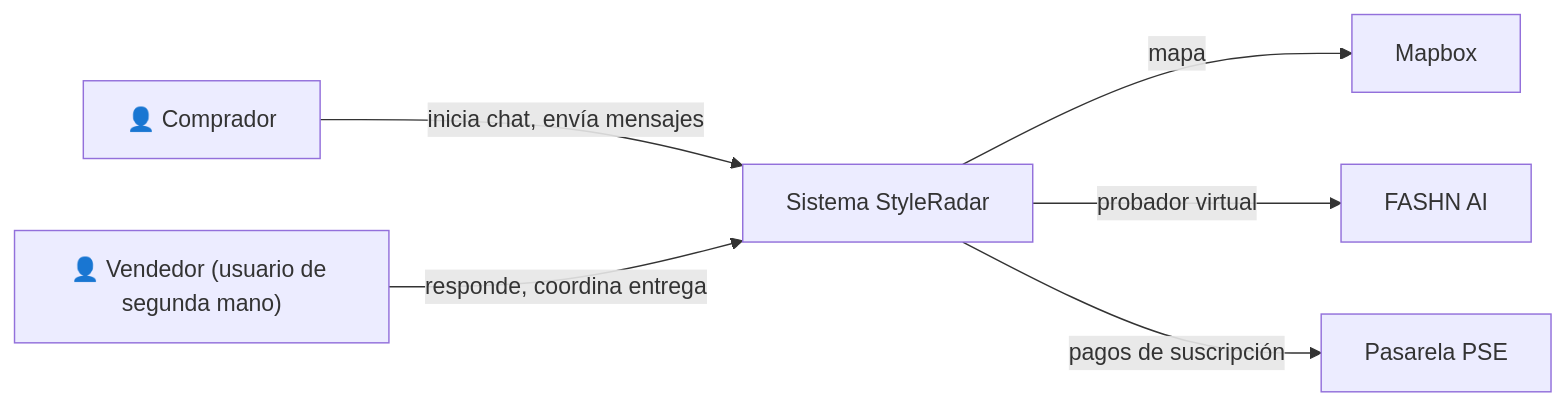
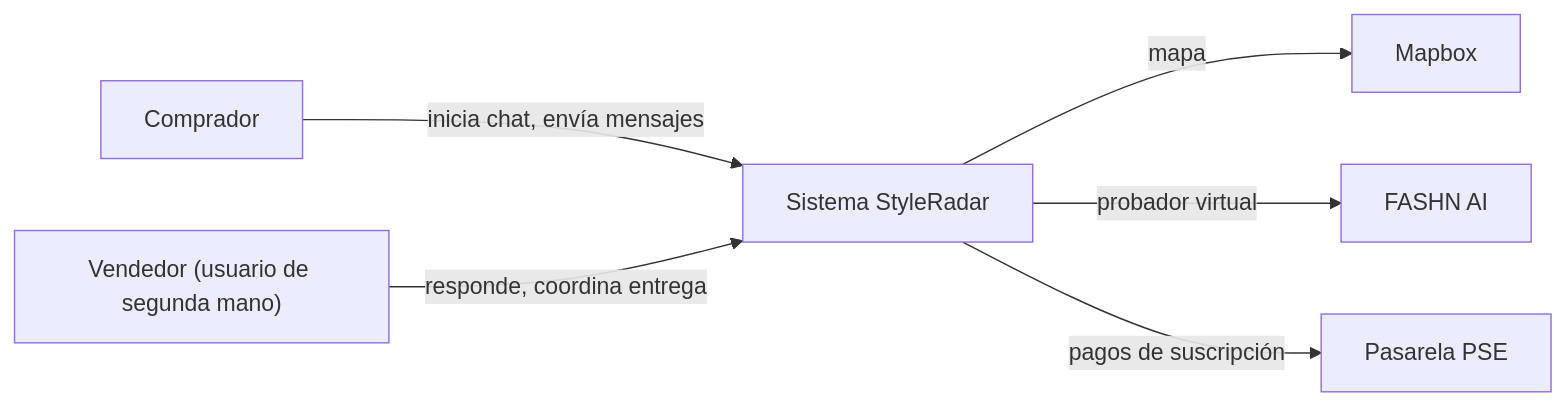
Before and after one commit to StyleRadar1/GJ-Chat-Service: the first of 7 diagrams in docs/SR_GJ_DocumentoTecnico_v1.md, drawn with Mermaid. The commit also changed other lines of this file and 4 other files, not shown here.

````diff
--- a/docs/SR_GJ_DocumentoTecnico_v1.md
+++ b/docs/SR_GJ_DocumentoTecnico_v1.md
@@ -49,9 +71,9 @@
 ```mermaid
 flowchart LR
-    C["👤 Comprador"] -->|"inicia chat, envía mensajes"| SR
-    V["👤 Vendedor (usuario de segunda mano)"] -->|"responde, coordina entrega"| SR
+    C["Comprador"] -->|"inicia chat, envía mensajes"| SR
+    V["Vendedor (usuario de segunda mano)"] -->|"responde, coordina entrega"| SR
     SR["Sistema StyleRadar"]
     SR -->|"mapa"| MB["Mapbox"]
     SR -->|"probador virtual"| FA["FASHN AI"]
     SR -->|"pagos de suscripción"| PSE["Pasarela PSE"]
 ```
````
